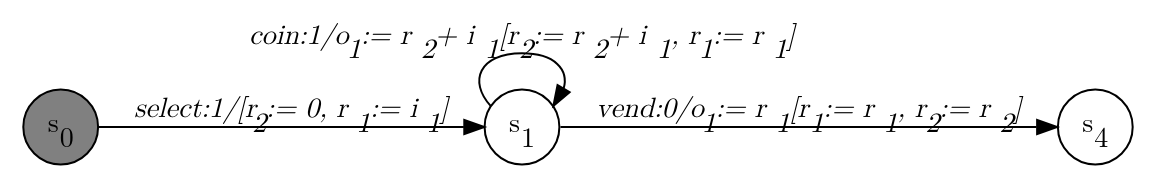
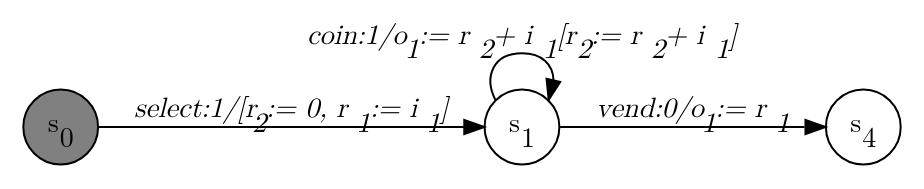
The diagram in dotfiles/Inference_Answer.dot (jmafoster1/efsm-sal), drawn with Graphviz before and after one commit. The commit also changed 37 other files, not shown here.

```diff
--- a/dotfiles/Inference_Answer.dot
+++ b/dotfiles/Inference_Answer.dot
@@ -1,13 +1,13 @@
 digraph Inference_Answer{
     graph [rankdir="LR", fontname="Latin Modern Math"];
     node [color="black", fillcolor="white", shape="circle", style="filled", fontname="Latin Modern Math"];
     edge [fontname="Latin Modern Math"];
 
     s0[fillcolor="gray", label=<s<sub>0</sub>>];
     s1[label=<s<sub>1</sub>>];
     s4[label=<s<sub>4</sub>>];
 
     s0->s1[label=<<i>select:1/&#91;r<sub>2</sub> := 0, r<sub>1</sub> := i<sub>1</sub>&#93;</i>>];
-    s1->s1[label=<<i>coin:1/o<sub>1</sub> := r<sub>2</sub> + i<sub>1</sub>&#91;r<sub>2</sub> := r<sub>2</sub> + i<sub>1</sub>, r<sub>1</sub> := r<sub>1</sub>&#93;</i>>];
-    s1->s4[label=<<i>vend:0/o<sub>1</sub> := r<sub>1</sub>&#91;r<sub>1</sub> := r<sub>1</sub>, r<sub>2</sub> := r<sub>2</sub>&#93;</i>>];
+    s1->s1[label=<<i>coin:1/o<sub>1</sub> := r<sub>2</sub> + i<sub>1</sub>&#91;r<sub>2</sub> := r<sub>2</sub> + i<sub>1</sub>&#93;</i>>];
+    s1->s4[label=<<i>vend:0/o<sub>1</sub> := r<sub>1</sub></i>>];
 }
```
